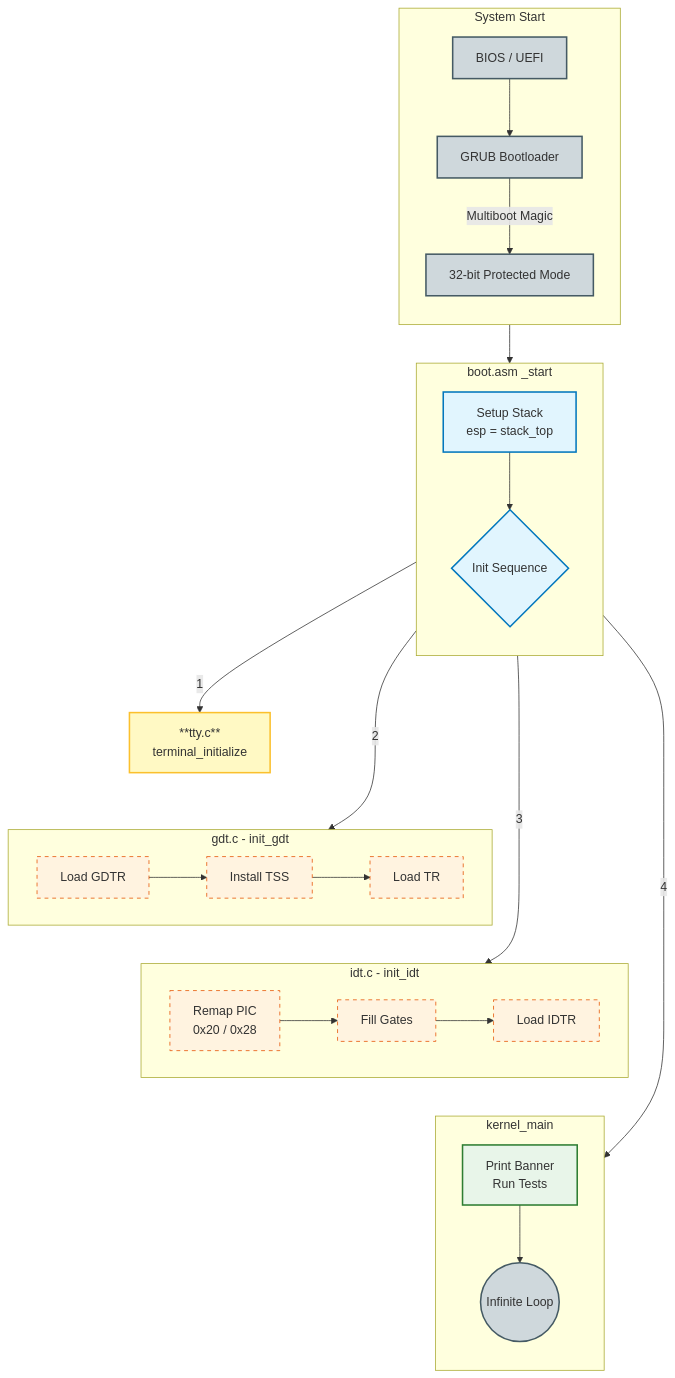
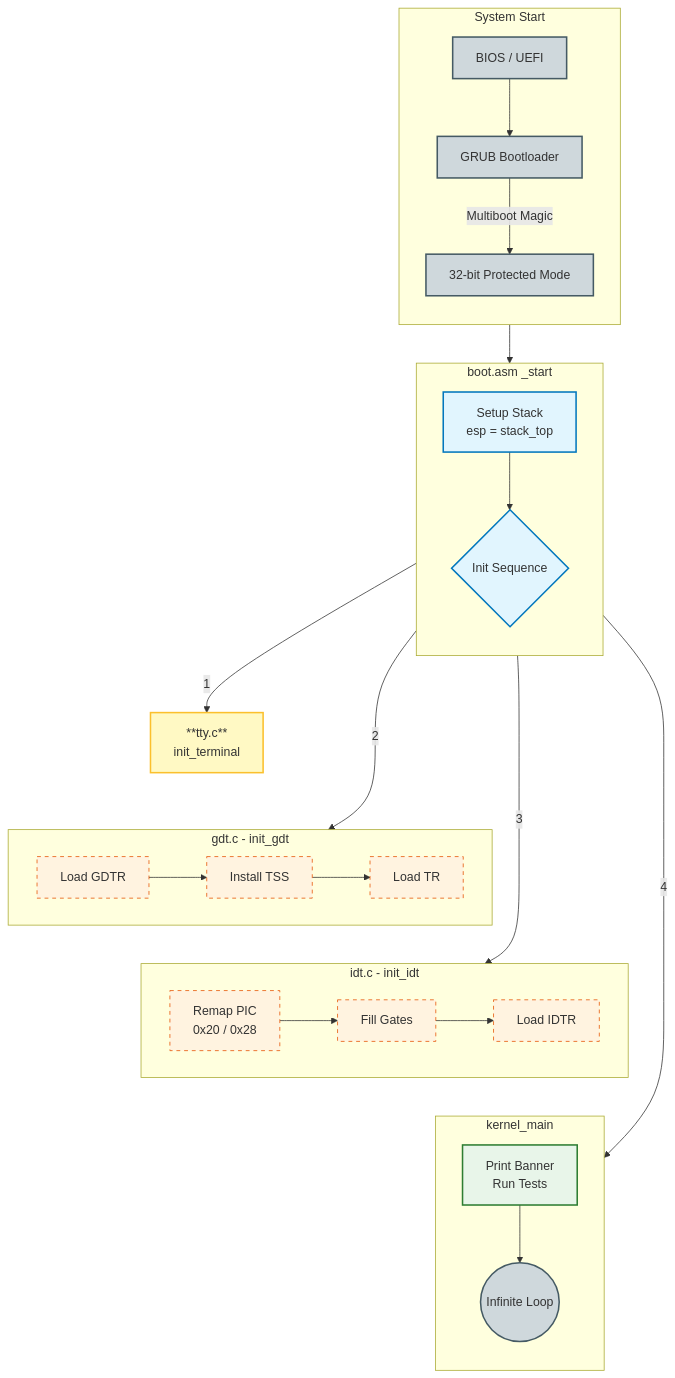
The first of 4 diagrams in docs/ARCHITECTURE.md (SohamTilekar/TilekarOS), drawn with Mermaid before and after one commit. The commit also changed 13 other files, not shown here.

````diff
--- a/docs/ARCHITECTURE.md
+++ b/docs/ARCHITECTURE.md
@@ -11,57 +11,57 @@
 ```mermaid
 flowchart TD
     %% Styles
     classDef hardware fill:#cfd8dc,stroke:#455a64,stroke-width:2px;
     classDef asm fill:#e1f5fe,stroke:#0277bd,stroke-width:2px;
     classDef c_module fill:#fff9c4,stroke:#fbc02d,stroke-width:2px;
     classDef c_func fill:#fff3e0,stroke:#e65100,stroke-width:1px,stroke-dasharray: 5 5;
     classDef kernel fill:#e8f5e9,stroke:#2e7d32,stroke-width:2px;
 
     %% --- Hardware / Bootloader ---
     subgraph SystemStart [System Start]
         direction TB
         BIOS[BIOS / UEFI]:::hardware --> GRUB[GRUB Bootloader]:::hardware
         GRUB -- Multiboot Magic --> ProtMode[32-bit Protected Mode]:::hardware
     end
 
     %% --- Low Level Entry ---
     subgraph BootASM [boot.asm _start]
         direction TB
         Stack[Setup Stack<br>esp = stack_top]:::asm
         Stack --> InitHub{Init Sequence}:::asm
     end
 
     SystemStart --> BootASM
 
     %% --- Modules (Flattened where simple) ---
     
     %% TTY: Single step, represented as node
-    InitHub -- 1 --> TTY[**tty.c**<br>terminal_initialize]:::c_module
+    InitHub -- 1 --> TTY[**tty.c**<br>init_terminal]:::c_module
 
     %% GDT: Group represents the file/function
     subgraph GDT_Scope [gdt.c - init_gdt]
         direction LR
         G_Ld[Load GDTR]:::c_func --> G_TSS[Install TSS]:::c_func
         G_TSS --> G_TR[Load TR]:::c_func
     end
     InitHub -- 2 --> GDT_Scope
 
     %% IDT: Group represents the file/function
     subgraph IDT_Scope [idt.c - init_idt]
         direction LR
         I_PIC[Remap PIC<br>0x20 / 0x28]:::c_func --> I_Fill[Fill Gates]:::c_func
         I_Fill --> I_Ld[Load IDTR]:::c_func
     end
     InitHub -- 3 --> IDT_Scope
 
     %% Kernel Main: Group represents the file/function
     subgraph Kernel_Scope [kernel_main]
         direction TB
         AppLogic["Print Banner<br>Run Tests"]:::kernel --> Halt((Infinite Loop)):::hardware
     end
     InitHub -- 4 --> Kernel_Scope
 
     %% FORCE LEFT-TO-RIGHT ORDERING
     %% This invisible chain tells the renderer: TTY is left of GDT, GDT left of IDT, etc.
     TTY ~~~ G_Ld ~~~ I_PIC ~~~ AppLogic
 ```
````
